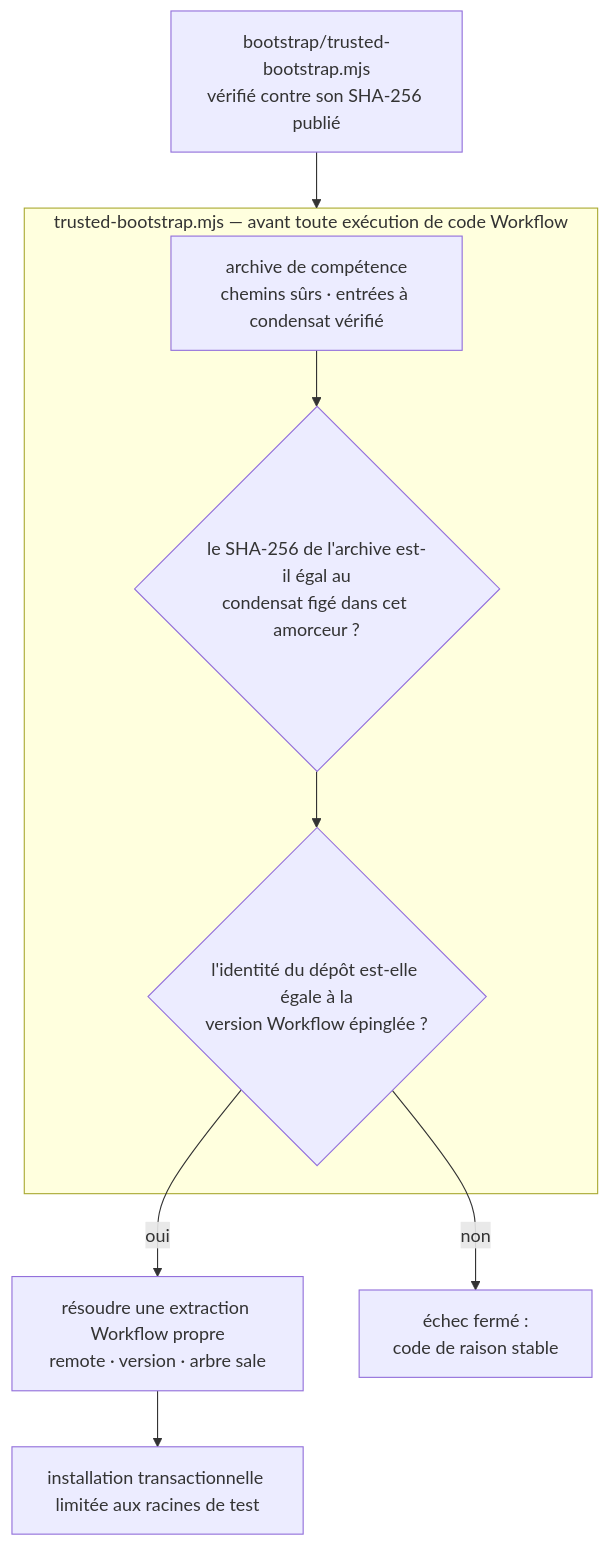
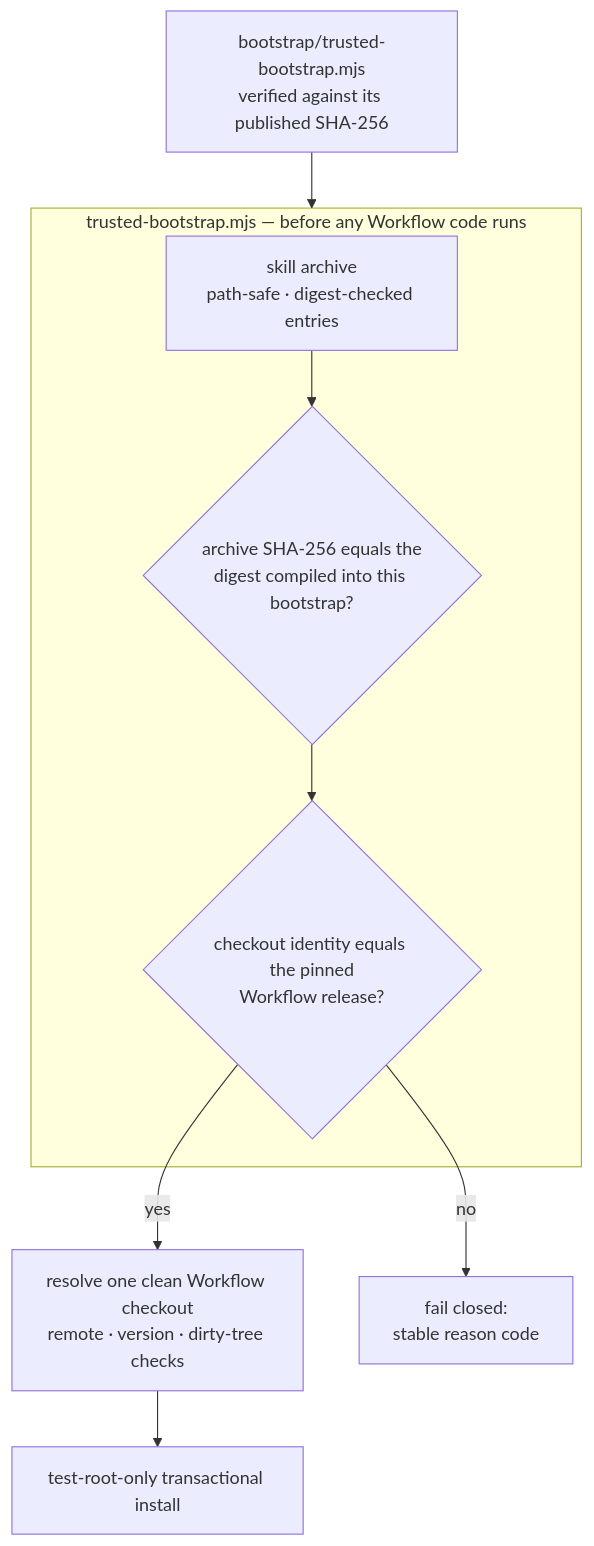
One commit to tpmoonchefryan/tcrn-workflow-helper changed the diagram in README.fr.md. Above: the diagram before and after it, drawn with Mermaid. The commit also changed other lines of this file and 4 other files, not shown here.

````diff
--- a/README.fr.md
+++ b/README.fr.md
@@ -72,11 +88,11 @@
 ```mermaid
 flowchart TD
-    K[bootstrap/trusted-bootstrap.mjs<br/>vérifié contre son SHA-256 publié] --> Verify
-    subgraph Verify["trusted-bootstrap.mjs — avant toute exécution de code Workflow"]
-        A[archive de compétence<br/>chemins sûrs · entrées à condensat vérifié] --> D{le SHA-256 de l'archive est-il égal au<br/>condensat figé dans cet amorceur ?}
-        D --> ID{l'identité du dépôt est-elle égale à la<br/>version Workflow épinglée ?}
+    K[bootstrap/trusted-bootstrap.mjs<br/>verified against its published SHA-256] --> Verify
+    subgraph Verify["trusted-bootstrap.mjs — before any Workflow code runs"]
+        A[skill archive<br/>path-safe · digest-checked entries] --> D{archive SHA-256 equals the<br/>digest compiled into this bootstrap?}
+        D --> ID{checkout identity equals the pinned<br/>Workflow release?}
     end
-    ID -->|oui| R[résoudre une extraction Workflow propre<br/>remote · version · arbre sale]
-    ID -->|non| F[échec fermé :<br/>code de raison stable]
-    R --> T[installation transactionnelle limitée aux racines de test]
+    ID -->|yes| R[resolve one clean Workflow checkout<br/>remote · version · dirty-tree checks]
+    ID -->|no| F[fail closed:<br/>stable reason code]
+    R --> T[test-root-only transactional install]
 ```
````
